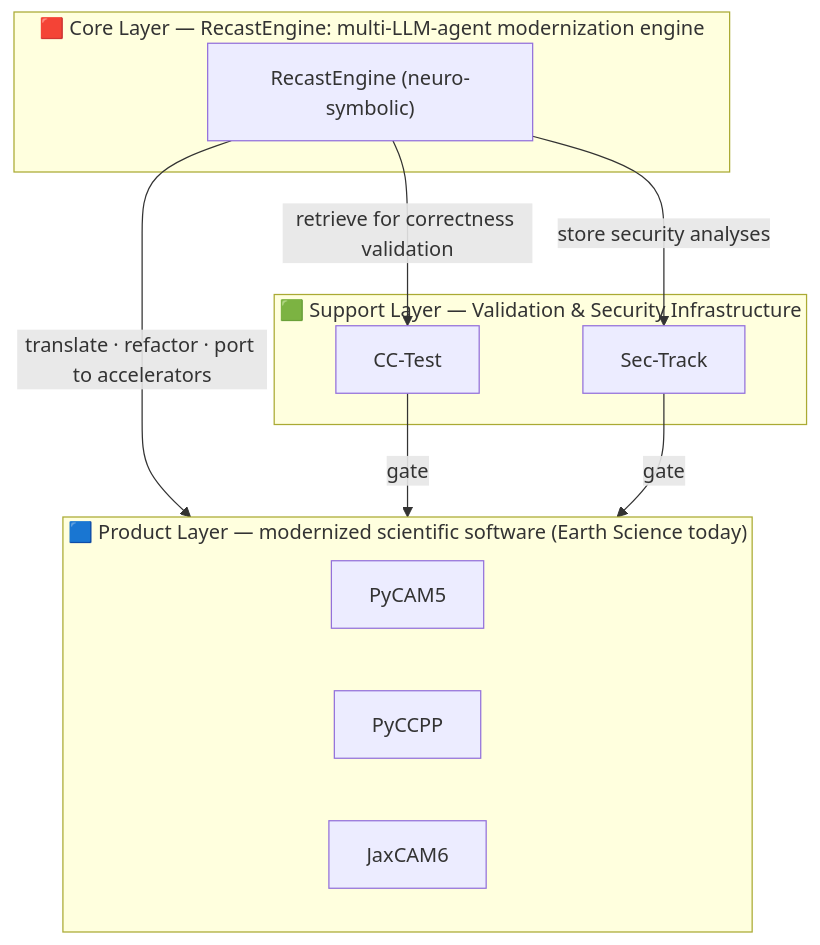
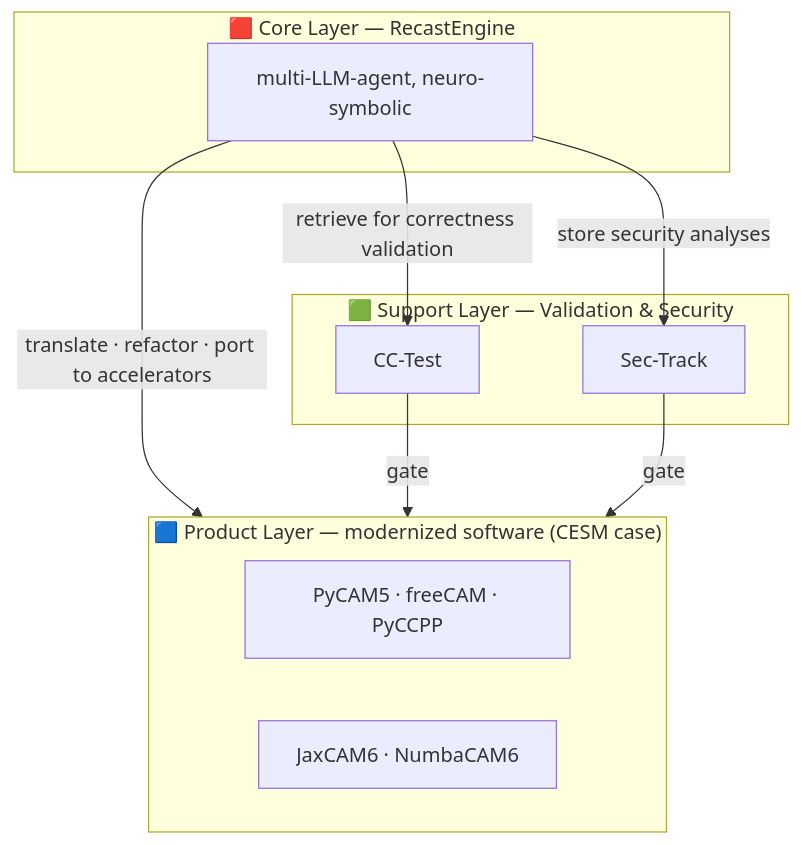
The diagram in README.md (a85tract/SciRecast), drawn with Mermaid before and after one commit. The commit also changed other lines of this file, not shown here.

First line of the commit message:
Condense README: introduce RecastEngine and the CESM case only

````diff
--- a/README.md
+++ b/README.md
@@ -35,21 +25,20 @@
 ```mermaid
 flowchart TB
-    subgraph Product["🟦 Product Layer — modernized scientific software (Earth Science today)"]
-        PyCAM5["PyCAM5"]
-        PyCCPP["PyCCPP"]
-        JaxCAM6["JaxCAM6"]
+    subgraph Product["🟦 Product Layer — modernized software (CESM case)"]
+        PyCAM5["PyCAM5 · freeCAM · PyCCPP"]
+        JaxCAM6["JaxCAM6 · NumbaCAM6"]
     end
-    subgraph Support["🟩 Support Layer — Validation &amp; Security Infrastructure"]
-        NCTest["CC-Test"]
+    subgraph Support["🟩 Support Layer — Validation &amp; Security"]
+        CCTest["CC-Test"]
         SecTrack["Sec-Track"]
     end
-    subgraph Core["🟥 Core Layer — RecastEngine: multi-LLM-agent modernization engine"]
-        RecastEngine["RecastEngine (neuro-symbolic)"]
+    subgraph Core["🟥 Core Layer — RecastEngine"]
+        Engine["multi-LLM-agent, neuro-symbolic"]
     end
 
-    RecastEngine -- "translate · refactor · port to accelerators" --> Product
-    RecastEngine -- "retrieve for correctness validation" --> NCTest
-    RecastEngine -- "store security analyses" --> SecTrack
-    NCTest -- "gate" --> Product
+    Engine -- "translate · refactor · port to accelerators" --> Product
+    Engine -- "retrieve for correctness validation" --> CCTest
+    Engine -- "store security analyses" --> SecTrack
+    CCTest -- "gate" --> Product
     SecTrack -- "gate" --> Product
 ```
````
